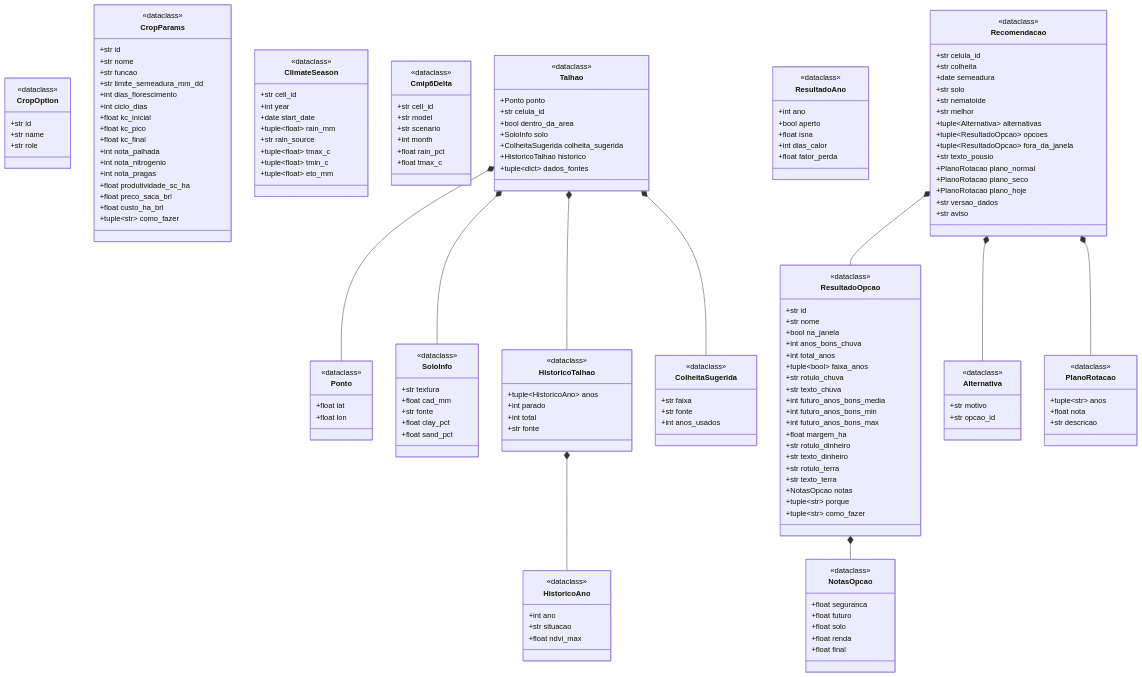
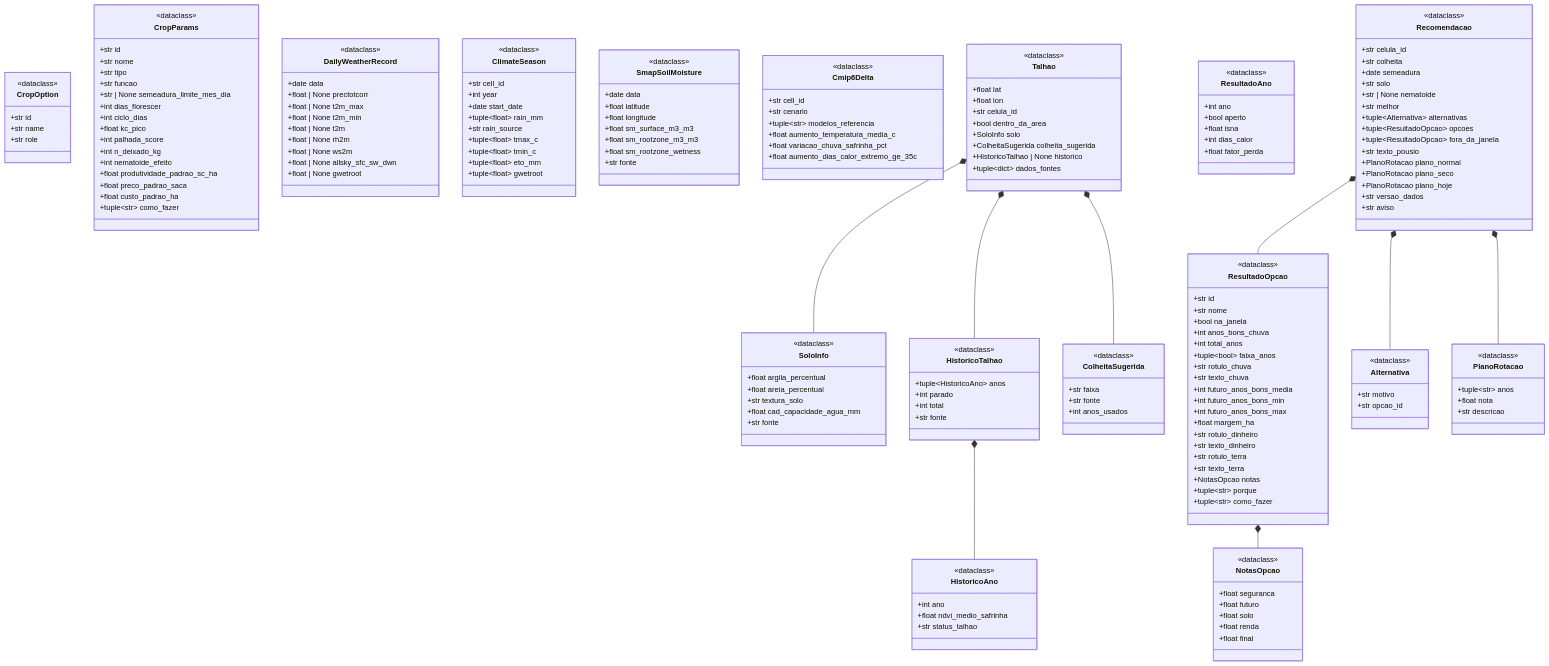
Before and after one commit to Ricardo07g/nasa-challenge: the second of 6 diagrams in projeto/backend/docs/diagrama-de-classes.md, drawn with Mermaid. The commit also changed other lines of this file and 2 other files, not shown here.

```diff
--- a/projeto/backend/docs/diagrama-de-classes.md
+++ b/projeto/backend/docs/diagrama-de-classes.md
@@ -62,20 +75,32 @@
         <<dataclass>>
         +str id
         +str nome
+        +str tipo
         +str funcao
-        +str limite_semeadura_mm_dd
-        +int dias_florescimento
+        +str | None semeadura_limite_mes_dia
+        +int dias_florescer
         +int ciclo_dias
-        +float kc_inicial
         +float kc_pico
-        +float kc_final
-        +int nota_palhada
-        +int nota_nitrogenio
-        +int nota_pragas
-        +float produtividade_sc_ha
-        +float preco_saca_brl
-        +float custo_ha_brl
+        +int palhada_score
+        +int n_deixado_kg
+        +int nematoide_efeito
+        +float produtividade_padrao_sc_ha
+        +float preco_padrao_saca
+        +float custo_padrao_ha
         +tuple~str~ como_fazer
+    }
+
+    class DailyWeatherRecord {
+        <<dataclass>>
+        +date data
+        +float | None prectotcorr
+        +float | None t2m_max
+        +float | None t2m_min
+        +float | None t2m
+        +float | None rh2m
+        +float | None ws2m
+        +float | None allsky_sfc_sw_dwn
+        +float | None gwetroot
     }
 
     class ClimateSeason {
@@ -88,38 +113,44 @@
         +tuple~float~ tmax_c
         +tuple~float~ tmin_c
         +tuple~float~ eto_mm
+        +tuple~float~ gwetroot
+    }
+
+    class SmapSoilMoisture {
+        <<dataclass>>
+        +date data
+        +float latitude
+        +float longitude
+        +float sm_surface_m3_m3
+        +float sm_rootzone_m3_m3
+        +float sm_rootzone_wetness
+        +str fonte
     }
 
     class Cmip6Delta {
         <<dataclass>>
         +str cell_id
-        +str model
-        +str scenario
-        +int month
-        +float rain_pct
-        +float tmax_c
-    }
-
-    class Ponto {
-        <<dataclass>>
-        +float lat
-        +float lon
+        +str cenario
+        +tuple~str~ modelos_referencia
+        +float aumento_temperatura_media_c
+        +float variacao_chuva_safrinha_pct
+        +float aumento_dias_calor_extremo_ge_35c
     }
 
     class SoloInfo {
         <<dataclass>>
-        +str textura
-        +float cad_mm
+        +float argila_percentual
+        +float areia_percentual
+        +str textura_solo
+        +float cad_capacidade_agua_mm
         +str fonte
-        +float clay_pct
-        +float sand_pct
     }
 
     class HistoricoAno {
         <<dataclass>>
         +int ano
-        +str situacao
-        +float ndvi_max
+        +float ndvi_medio_safrinha
+        +str status_talhao
     }
 
     class HistoricoTalhao {
@@ -139,12 +170,13 @@
 
     class Talhao {
         <<dataclass>>
-        +Ponto ponto
+        +float lat
+        +float lon
         +str celula_id
         +bool dentro_da_area
         +SoloInfo solo
         +ColheitaSugerida colheita_sugerida
-        +HistoricoTalhao historico
+        +HistoricoTalhao | None historico
         +tuple~dict~ dados_fontes
     }
 
@@ -208,7 +240,7 @@
         +str colheita
         +date semeadura
         +str solo
-        +str nematoide
+        +str | None nematoide
         +str melhor
         +tuple~Alternativa~ alternativas
         +tuple~ResultadoOpcao~ opcoes
@@ -221,7 +253,6 @@
         +str aviso
     }
 
-    Talhao *-- Ponto
     Talhao *-- SoloInfo
     Talhao *-- ColheitaSugerida
     Talhao *-- HistoricoTalhao
```
